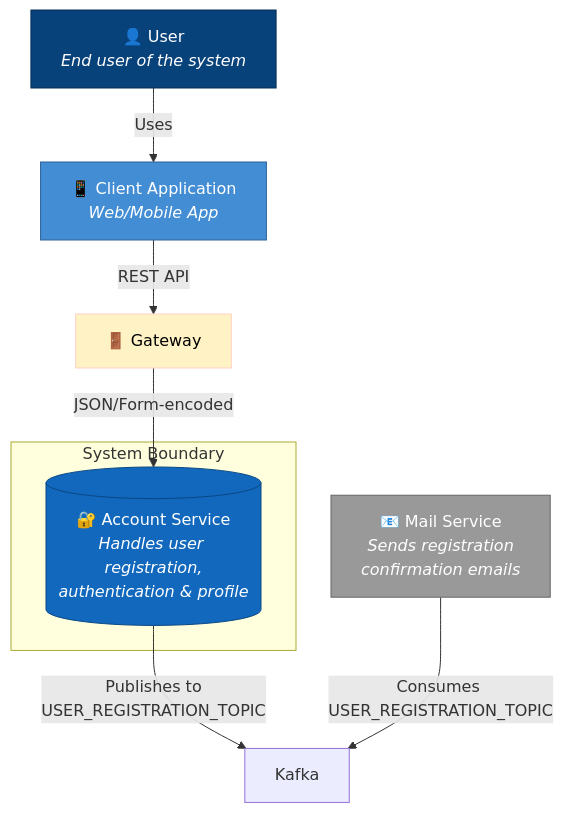
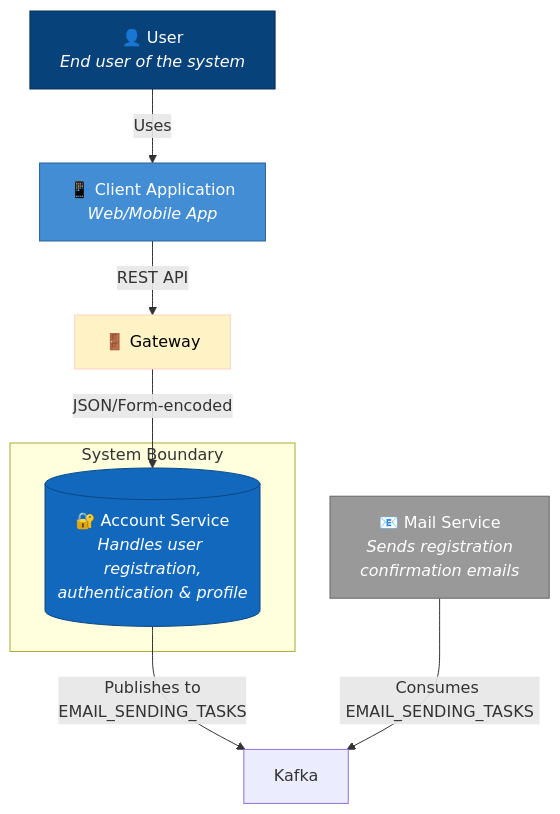
The first of 5 diagrams in docs/account-service/architecture.md (arsnyan/task-tracker), drawn with Mermaid before and after one commit. The commit also changed 6 other files, not shown here.

````diff
--- a/docs/account-service/architecture.md
+++ b/docs/account-service/architecture.md
@@ -8,24 +8,24 @@
 ```mermaid
 flowchart TB
     subgraph boundary [System Boundary]
         AS[("🔐 Account Service<br/><i>Handles user registration,<br/>authentication & profile</i>")]
     end
 
     User["👤 User<br/><i>End user of the system</i>"]
     Client["📱 Client Application<br/><i>Web/Mobile App</i>"]
     Gateway["🚪 Gateway"]
     Kafka["Kafka"]
     MS["📧 Mail Service<br/><i>Sends registration<br/>confirmation emails</i>"]
 
     User -->|"Uses"| Client
     Client --> |"REST API"|Gateway
     Gateway --> |"JSON/Form-encoded"| AS
-    AS -->|"Publishes to<br/>USER_REGISTRATION_TOPIC"| Kafka
-    MS --> |"Consumes USER_REGISTRATION_TOPIC"| Kafka
+    AS -->|"Publishes to<br/>EMAIL_SENDING_TASKS"| Kafka
+    MS --> |"Consumes EMAIL_SENDING_TASKS"| Kafka
 
     style AS fill:#1168bd,stroke:#0b4884,color:#fff
     style User fill:#08427b,stroke:#052e56,color:#fff
     style Gateway fill:#FFF2C5,stroke:#FFD2C6,color:#000000
     style Client fill:#438dd5,stroke:#2e6295,color:#fff
     style MS fill:#999999,stroke:#666666,color:#fff
 ```
````
